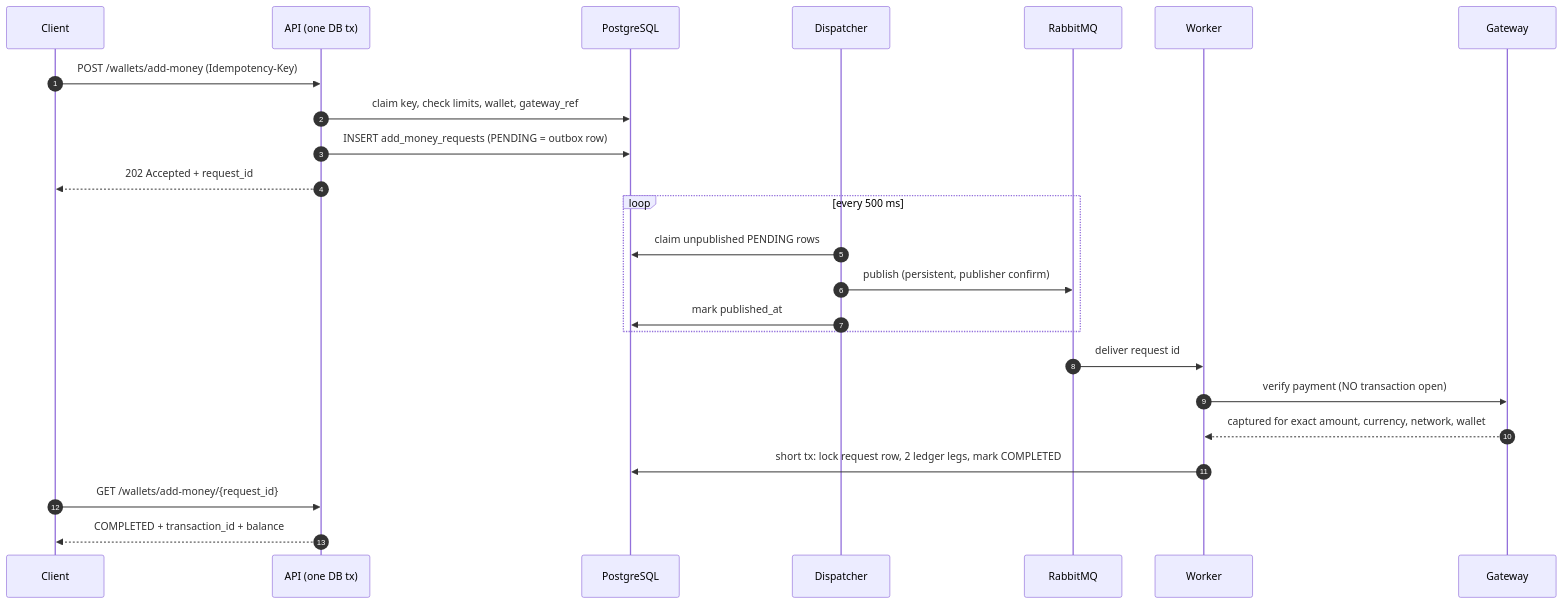
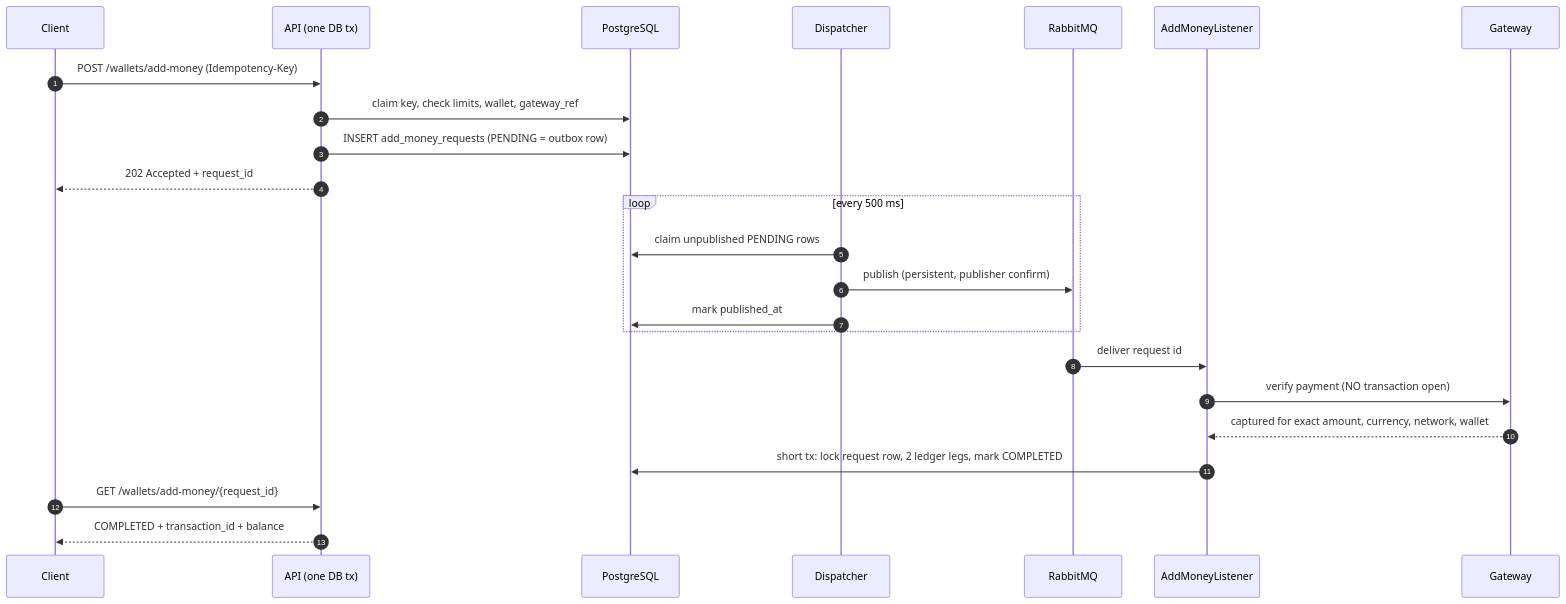
One commit to nadimnesar/mini-wallet-service changed the eighth of 9 diagrams in README.md. Above: the diagram before and after it, drawn with Mermaid. The commit also changed other lines of this file, not shown here.

First line of the commit message:
docs(readme): rewrite intro and API sections, add diagrams and assumptions

````diff
--- a/README.md
+++ b/README.md
@@ -302,27 +386,26 @@
 ```mermaid
 sequenceDiagram
     autonumber
     participant C as Client
     participant API as API (one DB tx)
     participant DB as PostgreSQL
     participant D as Dispatcher
     participant MQ as RabbitMQ
-    participant W as Worker
+    participant L as AddMoneyListener
     participant G as Gateway
-
-    C->>API: POST /wallets/add-money (Idempotency-Key)
-    API->>DB: claim key, check limits, wallet, gateway_ref
-    API->>DB: INSERT add_money_requests (PENDING = outbox row)
-    API-->>C: 202 Accepted + request_id
+    C ->> API: POST /wallets/add-money (Idempotency-Key)
+    API ->> DB: claim key, check limits, wallet, gateway_ref
+    API ->> DB: INSERT add_money_requests (PENDING = outbox row)
+    API -->> C: 202 Accepted + request_id
     loop every 500 ms
-        D->>DB: claim unpublished PENDING rows
-        D->>MQ: publish (persistent, publisher confirm)
-        D->>DB: mark published_at
+        D ->> DB: claim unpublished PENDING rows
+        D ->> MQ: publish (persistent, publisher confirm)
+        D ->> DB: mark published_at
     end
-    MQ->>W: deliver request id
-    W->>G: verify payment (NO transaction open)
-    G-->>W: captured for exact amount, currency, network, wallet
-    W->>DB: short tx: lock request row, 2 ledger legs, mark COMPLETED
-    C->>API: GET /wallets/add-money/{request_id}
-    API-->>C: COMPLETED + transaction_id + balance
+    MQ ->> L: deliver request id
+    L ->> G: verify payment (NO transaction open)
+    G -->> L: captured for exact amount, currency, network, wallet
+    L ->> DB: short tx: lock request row, 2 ledger legs, mark COMPLETED
+    C ->> API: GET /wallets/add-money/{request_id}
+    API -->> C: COMPLETED + transaction_id + balance
 ```
````
